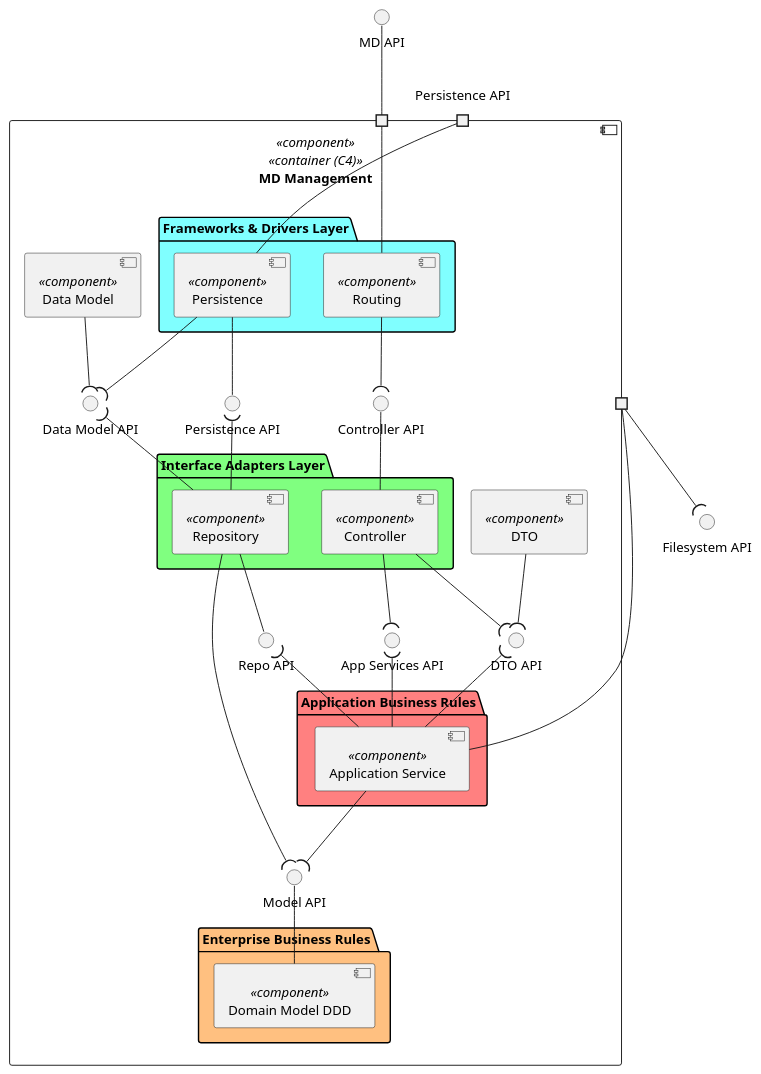
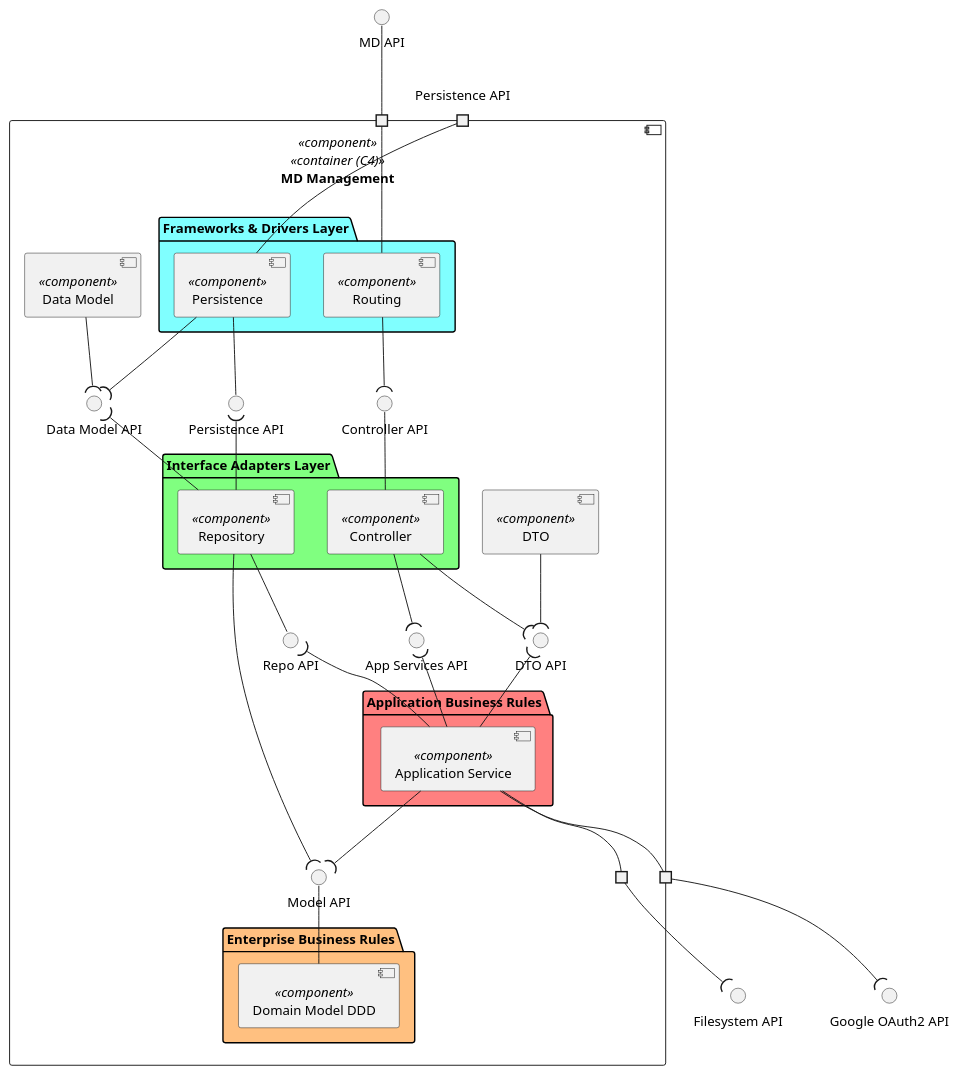
The diagram in _wiki/views/level-3/mdm-logical-view/mdm-logical-view.puml (miseEnPlace-dev/lapr5), drawn with PlantUML before and after one commit. The commit also changed 3 other files, not shown here.

```diff
--- a/_wiki/views/level-3/mdm-logical-view/mdm-logical-view.puml
+++ b/_wiki/views/level-3/mdm-logical-view/mdm-logical-view.puml
@@ -1,82 +1,85 @@
 @startuml logical-view
 
 top to bottom direction
 
 interface "MD API" as API
 interface "Filesystem API" as FS
+interface "Google OAuth2 API" as GA
 
 component "MD Management" as MDM <<component>> <<container (C4)>> {
   portin " " as P1
   portin "Persistence API" as P2
   portout " " as P3
+  portout " " as P4
 
   Interface "Controller API" as CTRL_API
   Interface "Data Model API" as DATA_API
 
 
   folder "Frameworks & Drivers Layer" #80FFFF {
     component "Routing" as ROUTE <<component>> {
     }
     component "Persistence" as PERSISTENCE <<component>> {
     }
   }
 
   component "Data Model" as DATA <<component>> {
   }
   component "DTO" as DTO <<component>> {
   }
 
   Interface "App Services API" AS SRV_API
   Interface "DTO API" AS DTO_API
   Interface "Repo API" AS REPO_API
   Interface "Model API" AS MODEL_API
   Interface "Persistence API" AS PERSISTENCE_API
 
   folder "Interface Adapters Layer" #80FF80 {
     component "Controller" as CTRL <<component>> {
     }
     component "Repository" as REPO <<component>> {
     }
   }
 
   folder "Application Business Rules" #FF8080 {
     component "Application Service" as SRV <<component>> {
     }
   }
 
   folder "Enterprise Business Rules" #FFC080 {
     component "Domain Model DDD" as MODEL <<component>> {
     }
   }
 }
 
 API -- P1
 
 ROUTE --- P1
 PERSISTENCE -- P2
 P3 --( FS
-
+P4 --( GA
 
 ROUTE --( CTRL_API
 CTRL -up- CTRL_API
 PERSISTENCE -- PERSISTENCE_API
 REPO -up-( PERSISTENCE_API 
 PERSISTENCE --( DATA_API 
 REPO -up-( DATA_API 
 DATA --( DATA_API 
 
 CTRL --( SRV_API
 SRV -up-( SRV_API
 SRV -up-( DTO_API
 SRV -- P3
+SRV -- P4
 CTRL --( DTO_API
 DTO --( DTO_API
 
 REPO -- REPO_API
 SRV -up-( REPO_API 
 
 SRV --( MODEL_API 
 REPO --( MODEL_API 
 MODEL -up- MODEL_API 
 
 @enduml
```
